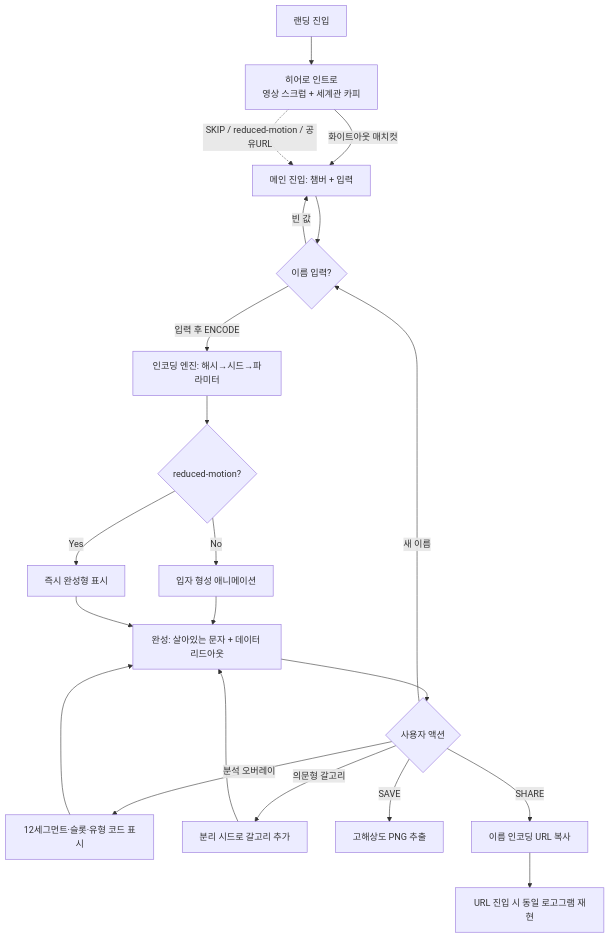
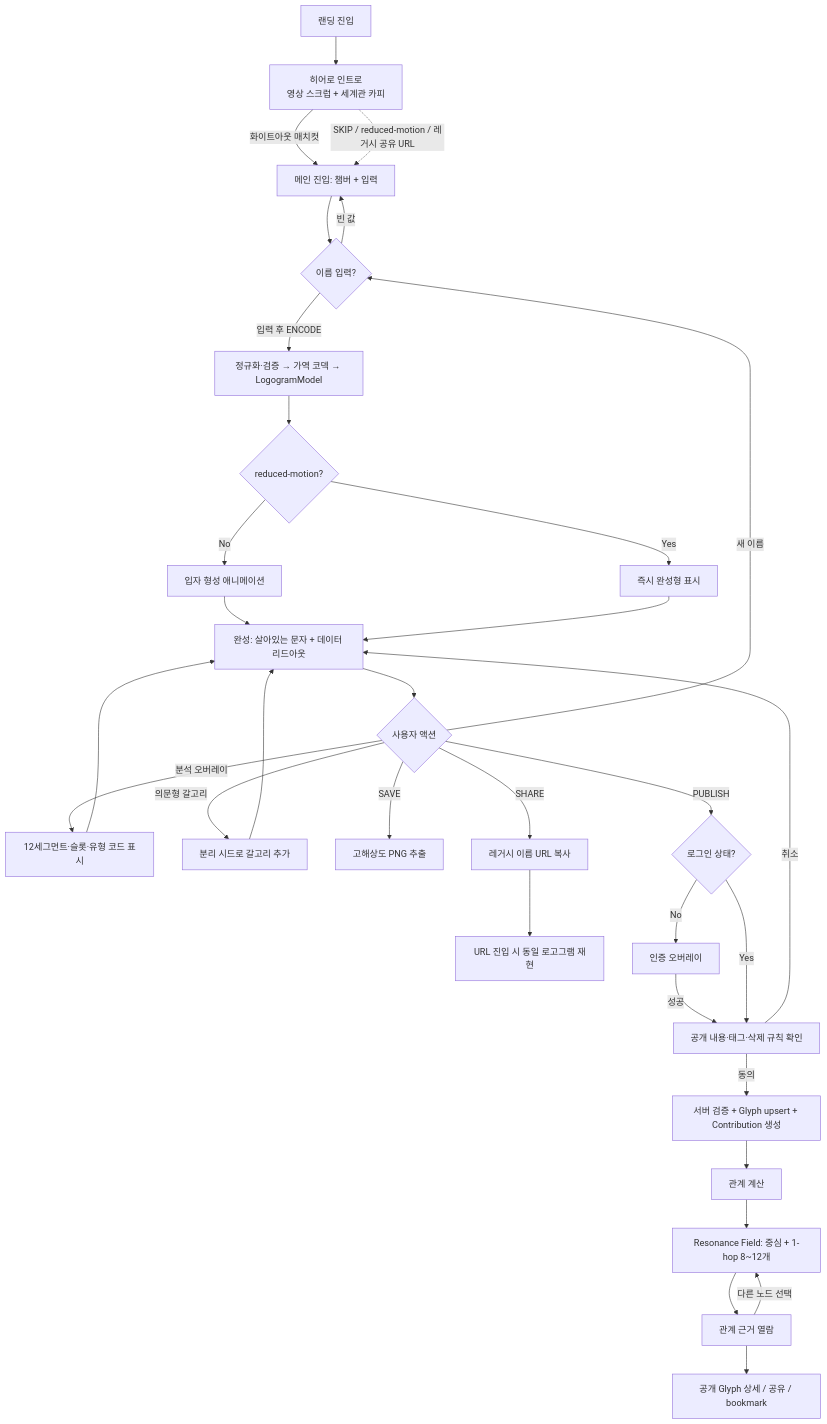
One commit to groovelb/heptapod-B changed the first of 2 diagrams in docs/heptapod-b-encoder/02-ux-flow.md. Above: the diagram before and after it, drawn with Mermaid. The commit also changed other lines of this file and 98 other files, not shown here.

Commit message:
feat(archive): add morphology-based resonance and preserve motion

````diff
--- a/docs/heptapod-b-encoder/02-ux-flow.md
+++ b/docs/heptapod-b-encoder/02-ux-flow.md
@@ -93,23 +195,34 @@
 ```mermaid
 flowchart TD
     Z[랜딩 진입] --> Z1[히어로 인트로<br/>영상 스크럽 + 세계관 카피]
     Z1 -->|화이트아웃 매치컷| A
-    Z1 -.SKIP / reduced-motion / 공유URL.-> A
+    Z1 -.SKIP / reduced-motion / 레거시 공유 URL.-> A
     A[메인 진입: 챔버 + 입력] --> B{이름 입력?}
     B -->|빈 값| A
-    B -->|입력 후 ENCODE| C[인코딩 엔진: 해시→시드→파라미터]
+    B -->|입력 후 ENCODE| C[정규화·검증 → 가역 코덱 → LogogramModel]
     C --> D{reduced-motion?}
     D -->|No| E[입자 형성 애니메이션]
     D -->|Yes| F[즉시 완성형 표시]
     E --> G[완성: 살아있는 문자 + 데이터 리드아웃]
     F --> G
     G --> H{사용자 액션}
     H -->|분석 오버레이| I[12세그먼트·슬롯·유형 코드 표시]
     H -->|의문형 갈고리| J[분리 시드로 갈고리 추가]
     H -->|SAVE| K[고해상도 PNG 추출]
-    H -->|SHARE| L[이름 인코딩 URL 복사]
+    H -->|SHARE| L[레거시 이름 URL 복사]
+    H -->|PUBLISH| P{로그인 상태?}
     H -->|새 이름| B
     I --> G
     J --> G
     L --> M[URL 진입 시 동일 로고그램 재현]
+    P -->|No| Q[인증 오버레이]
+    Q -->|성공| R[공개 내용·태그·삭제 규칙 확인]
+    P -->|Yes| R
+    R -->|동의| S[서버 검증 + Glyph upsert + Contribution 생성]
+    R -->|취소| G
+    S --> T[관계 계산]
+    T --> U[Resonance Field: 중심 + 1-hop 8~12개]
+    U --> V[관계 근거 열람]
+    V -->|다른 노드 선택| U
+    V --> W[공개 Glyph 상세 / 공유 / bookmark]
 ```
````
